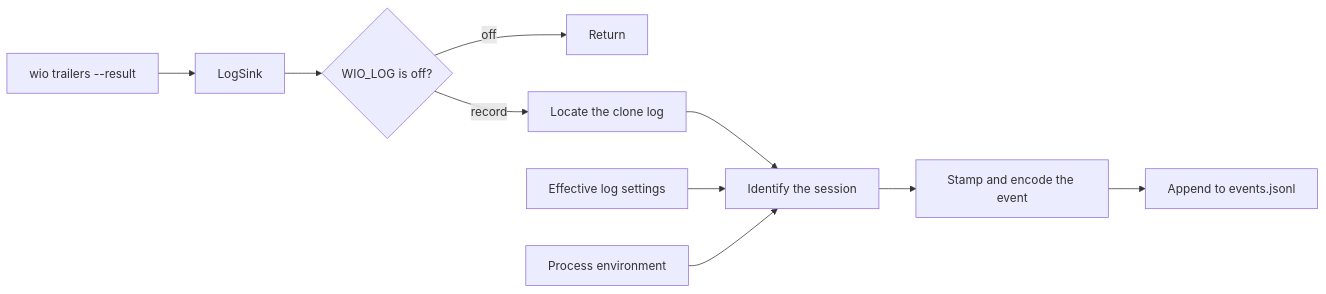
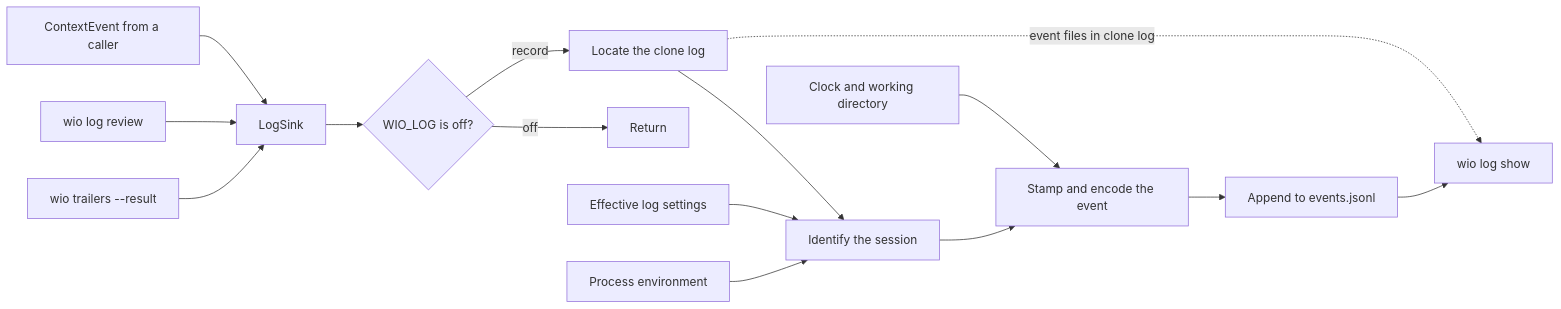
Before and after one commit to msitarz/wio: the first of 2 diagrams in src/wio/log/README.md, drawn with Mermaid. The commit also changed other lines of this file and 15 other files, not shown here.

First line of the commit message:
test(log): integrate the event log and retire its contracts (#158)

````diff
--- a/src/wio/log/README.md
+++ b/src/wio/log/README.md
@@ -89,12 +91,17 @@
 ```mermaid
 flowchart LR
     T["wio trailers --result"] --> S["LogSink"]
+    Rv["wio log review"] --> S
+    X["ContextEvent from a caller"] --> S
     S --> O{"WIO_LOG is off?"}
     O -- "off" --> R["Return"]
     O -- "record" --> L["Locate the clone log"]
     L --> I["Identify the session"]
     C["Effective log settings"] --> I
     E["Process environment"] --> I
     I --> F["Stamp and encode the event"]
+    Time["Clock and working directory"] --> F
     F --> A["Append to events.jsonl"]
+    A --> V["wio log show"]
+    L -. "event files in clone log" .-> V
 ```
````
